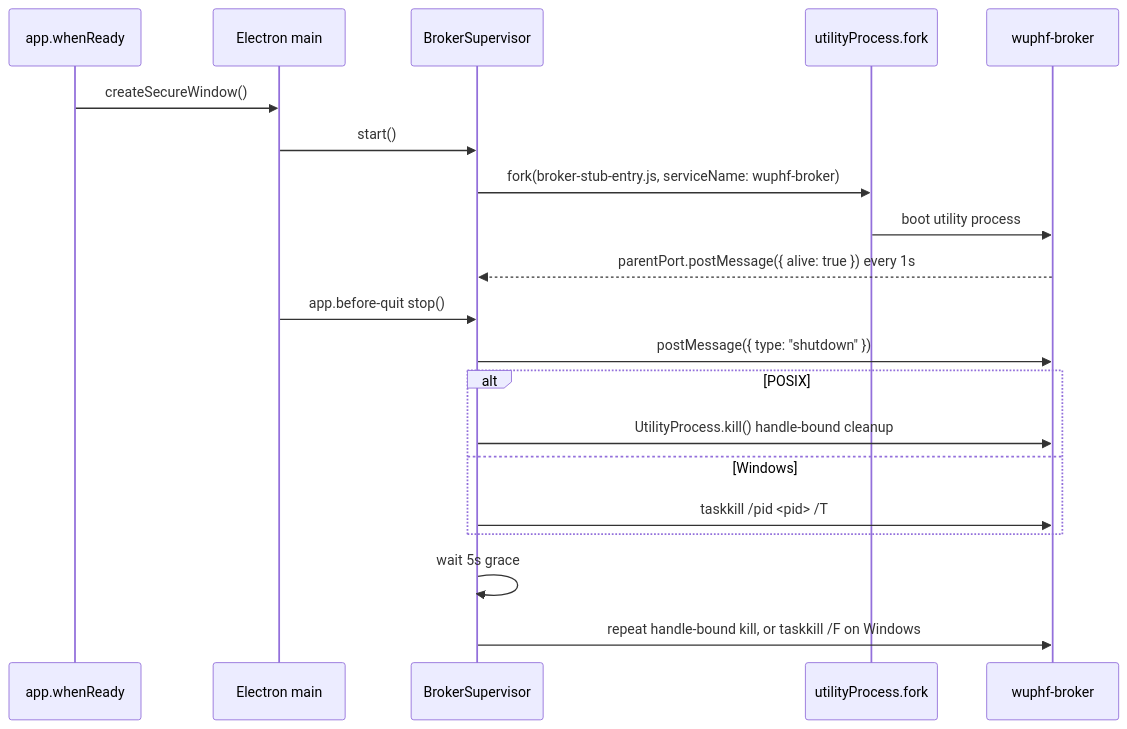
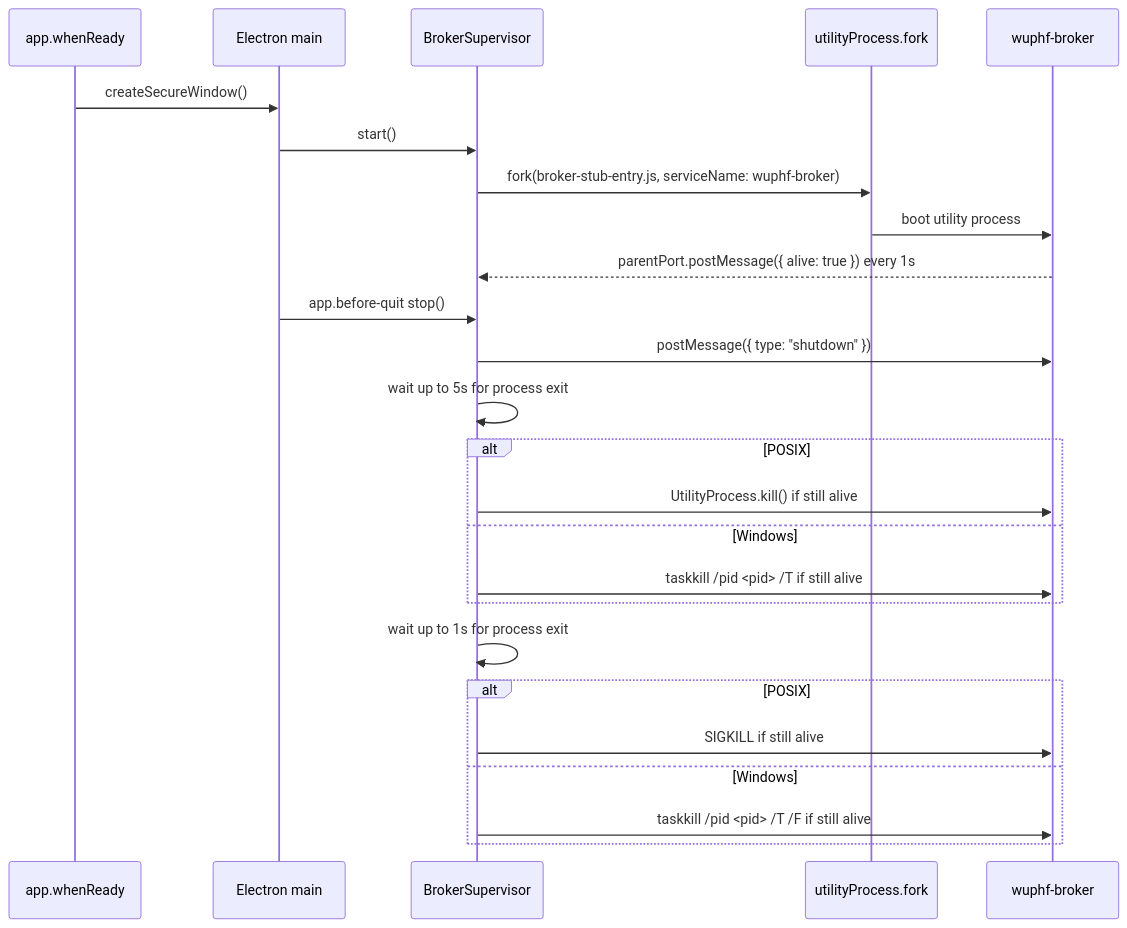
Before and after one commit to nex-crm/wuphf: the diagram in apps/desktop/docs/modules/broker-spawn.md, drawn with Mermaid.

Commit message:
docs(desktop): broker-spawn mermaid matches actual stop order (D3-MED-1)

````diff
--- a/apps/desktop/docs/modules/broker-spawn.md
+++ b/apps/desktop/docs/modules/broker-spawn.md
@@ -8,23 +8,28 @@
 ```mermaid
 sequenceDiagram
   participant App as app.whenReady
   participant Main as Electron main
   participant Supervisor as BrokerSupervisor
   participant Utility as utilityProcess.fork
   participant Broker as wuphf-broker
 
   App->>Main: createSecureWindow()
   Main->>Supervisor: start()
   Supervisor->>Utility: fork(broker-stub-entry.js, serviceName: wuphf-broker)
   Utility->>Broker: boot utility process
   Broker-->>Supervisor: parentPort.postMessage({ alive: true }) every 1s
   Main->>Supervisor: app.before-quit stop()
   Supervisor->>Broker: postMessage({ type: "shutdown" })
+  Supervisor->>Supervisor: wait up to 5s for process exit
   alt POSIX
-    Supervisor->>Broker: UtilityProcess.kill() handle-bound cleanup
+    Supervisor->>Broker: UtilityProcess.kill() if still alive
   else Windows
-    Supervisor->>Broker: taskkill /pid <pid> /T
+    Supervisor->>Broker: taskkill /pid <pid> /T if still alive
   end
-  Supervisor->>Supervisor: wait 5s grace
-  Supervisor->>Broker: repeat handle-bound kill, or taskkill /F on Windows
+  Supervisor->>Supervisor: wait up to 1s for process exit
+  alt POSIX
+    Supervisor->>Broker: SIGKILL if still alive
+  else Windows
+    Supervisor->>Broker: taskkill /pid <pid> /T /F if still alive
+  end
 ```
````
